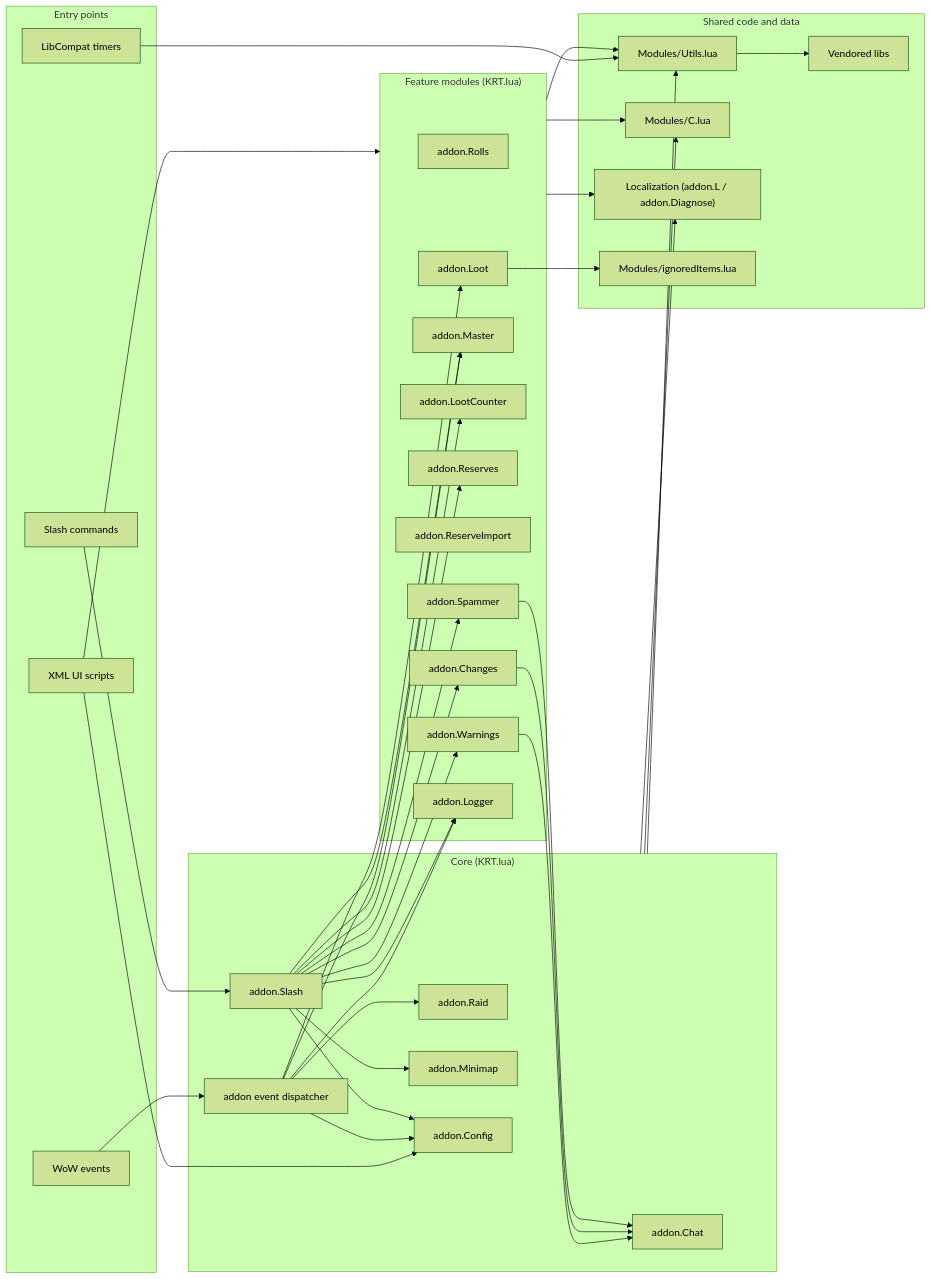
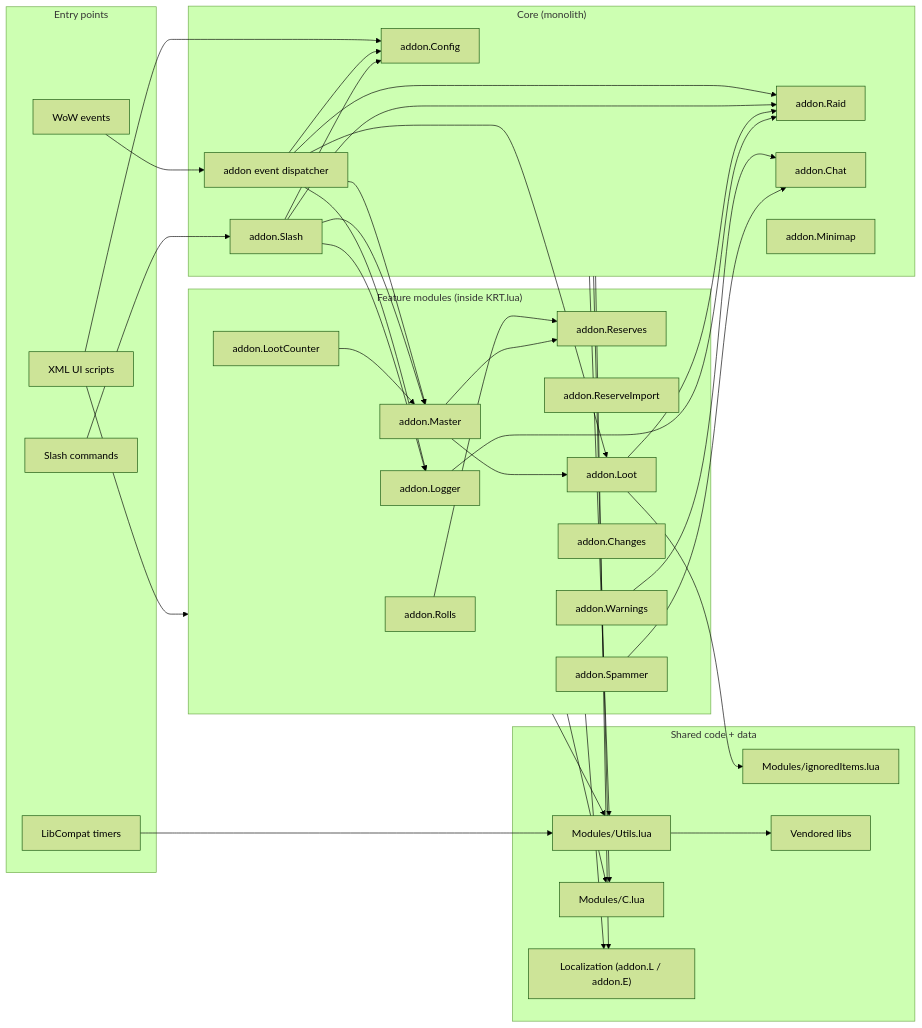
One commit to sk1zzovsmx/KRT-improved changed the first of 3 diagrams in OVERVIEW.md. Above: the diagram before and after it, drawn with Mermaid (forest theme). The commit also changed other lines of this file and 18 other files, not shown here.

Commit message:
feat(ui,hybrid): add HybridScrollFrame controller and migrate logger loot list

````diff
--- a/OVERVIEW.md
+++ b/OVERVIEW.md
@@ -56,74 +43,75 @@
 ```mermaid
 flowchart LR
   subgraph EP["Entry points"]
     WEV["WoW events"]
     XUI["XML UI scripts"]
     SLC["Slash commands"]
     TMR["LibCompat timers"]
   end
 
-  subgraph CORE["Core (KRT.lua)"]
+  subgraph CORE["Core (monolith)"]
     EVT["addon event dispatcher"]
     Slash["addon.Slash"]
     Raid["addon.Raid"]
     Chat["addon.Chat"]
     Minimap["addon.Minimap"]
     Config["addon.Config"]
   end
 
-  subgraph FEATURES["Feature modules (KRT.lua)"]
+  subgraph FEATURES["Feature modules (inside KRT.lua)"]
     Rolls["addon.Rolls"]
+    Reserves["addon.Reserves"]
+    ReserveImport["addon.ReserveImport"]
     Loot["addon.Loot"]
     Master["addon.Master"]
     LootCounter["addon.LootCounter"]
-    Reserves["addon.Reserves"]
-    ReserveImport["addon.ReserveImport"]
+    Logger["addon.Logger"]
     Warnings["addon.Warnings"]
     Changes["addon.Changes"]
     Spammer["addon.Spammer"]
-    Logger["addon.Logger"]
   end
 
-  subgraph SHARED["Shared code and data"]
+  subgraph SHARED["Shared code + data"]
     Utils["Modules/Utils.lua"]
     Cmod["Modules/C.lua"]
-    L10n["Localization (addon.L / addon.Diagnose)"]
+    L10n["Localization (addon.L / addon.E)"]
     Ignored["Modules/ignoredItems.lua"]
     Libs["Vendored libs"]
   end
 
   WEV --> EVT
+  SLC --> Slash
   XUI --> FEATURES
   XUI --> Config
-  SLC --> Slash
   TMR --> Utils
 
   EVT --> Raid
+  EVT --> Config
+  EVT --> Logger
+  EVT --> Master
   EVT --> Loot
-  EVT --> Master
-  EVT --> Logger
-  EVT --> Config
 
+  Slash --> Config
+  Slash --> Raid
   Slash --> Master
-  Slash --> Reserves
-  Slash --> LootCounter
-  Slash --> Warnings
-  Slash --> Changes
-  Slash --> Spammer
   Slash --> Logger
-  Slash --> Config
-  Slash --> Minimap
 
+  Rolls --> Reserves
+  Loot --> Raid
+  Master --> Loot
+  Master --> Reserves
+  LootCounter --> Master
+  Logger --> Raid
   Warnings --> Chat
-  Changes --> Chat
   Spammer --> Chat
 
   FEATURES --> Utils
+  CORE --> Utils
   FEATURES --> Cmod
-  FEATURES --> L10n
-  CORE --> Utils
   CORE --> Cmod
   CORE --> L10n
+  FEATURES --> L10n
   Loot --> Ignored
+
   Utils --> Libs
 ```
````
